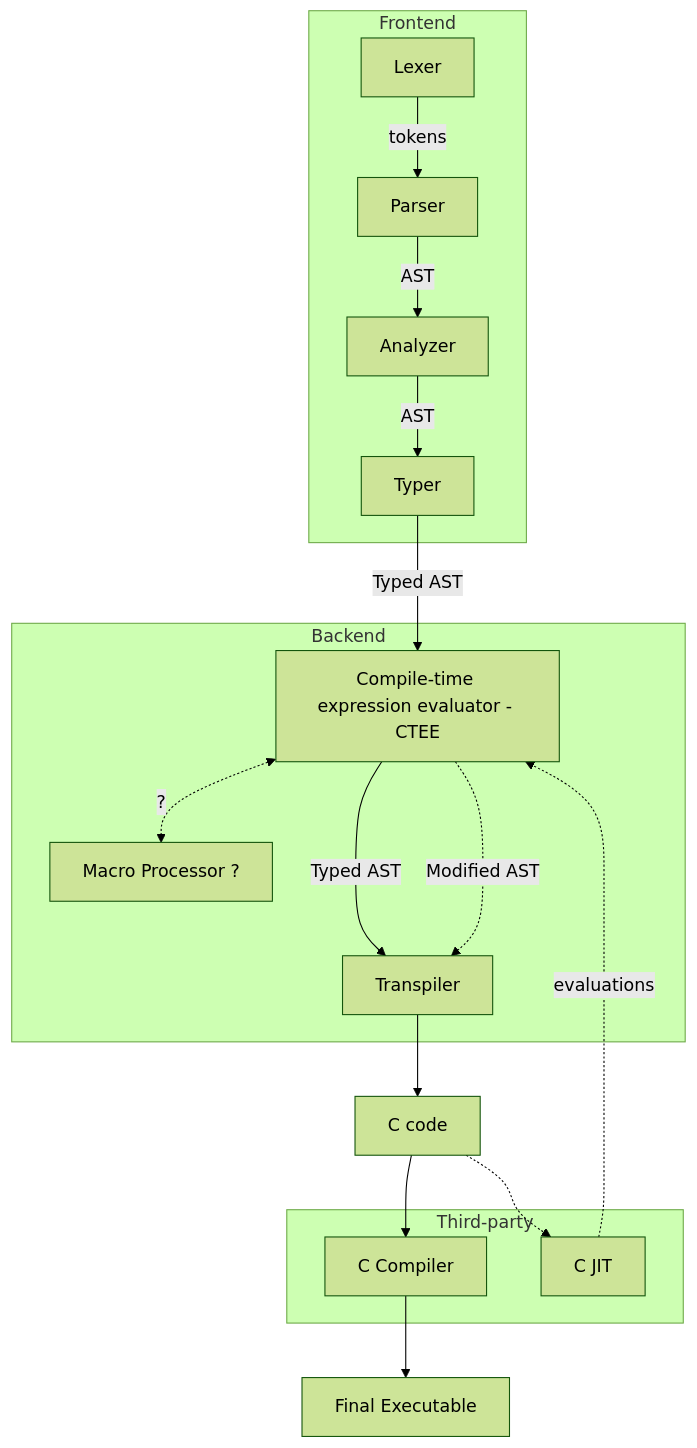
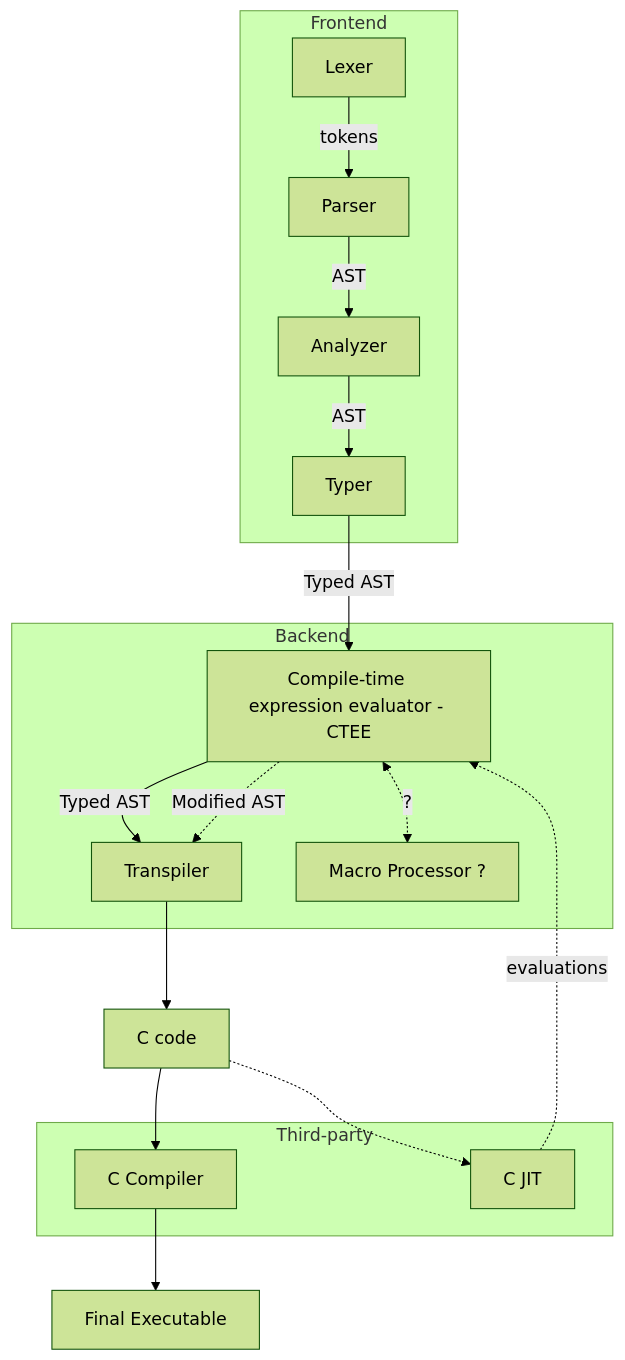
Before and after one commit to kvbc/rylang: the diagram in README.md, drawn with Mermaid (forest theme).

Commit message:
readme graph

````diff
--- a/README.md
+++ b/README.md
@@ -17,29 +17,29 @@
 ```mermaid
 graph TD
     Lexer --> |tokens| Parser
     Parser --> |AST| Analyzer
     Analyzer --> |AST| Typer
     Typer --> |Typed AST| CTEE[Compile-time expression evaluator - CTEE]
     subgraph Frontend
         Lexer & Parser & Analyzer & Typer
     end
 
-    CTEE ---> |Typed AST| Transpiler
-    CTEE ..-> |Modified AST| Transpiler
+    CTEE --> |Typed AST| Transpiler
+    CTEE .-> |Modified AST| Transpiler
     Transpiler --> C[C code]
     C --> CComp[C Compiler]
 
     C .-> JIT[C JIT]
     JIT .-> |evaluations| CTEE
     CTEE <.-> |?| Macro[Macro Processor ?]
 
     subgraph Third-party
         JIT & CComp
     end
 
     subgraph Backend
         Macro & CTEE & Transpiler
     end
 
     CComp --> EXE[Final Executable]
 ```
````
